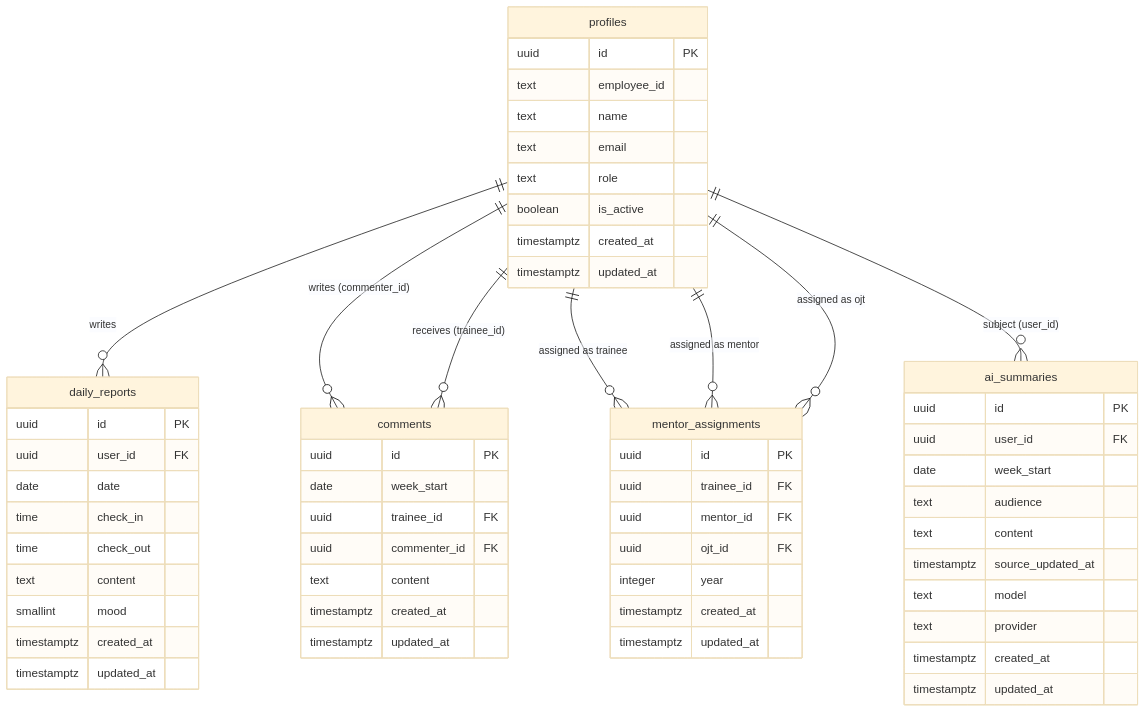
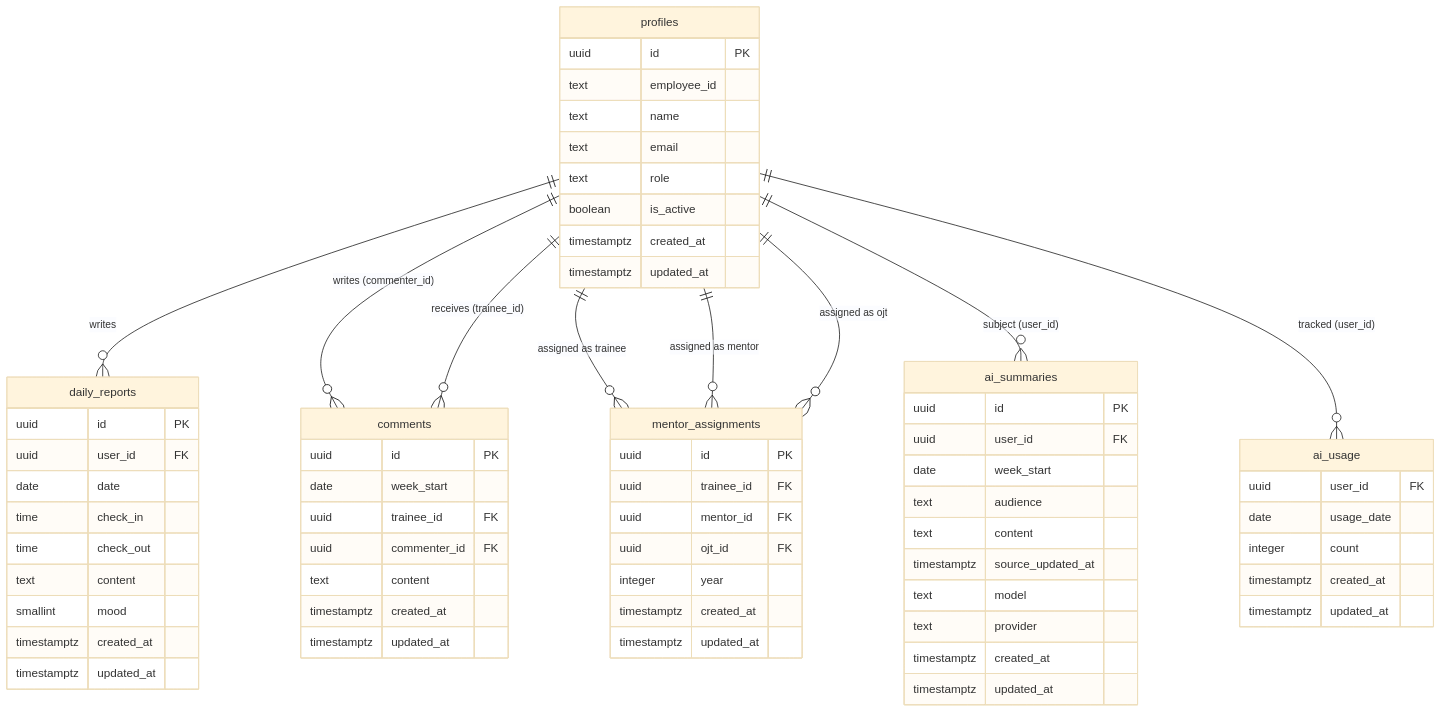
Before and after one commit to cct-ax/joynal: the diagram in docs/db-design.md, drawn with Mermaid (base theme). The commit also changed other lines of this file and 13 other files, not shown here.

First line of the commit message:
feat(ai): per-user 日次レート上限を追加（ai_usage・レビュー2対応）

````diff
--- a/docs/db-design.md
+++ b/docs/db-design.md
@@ -14,66 +14,75 @@
 ```mermaid
 erDiagram
     profiles {
         uuid id PK
         text employee_id
         text name
         text email
         text role
         boolean is_active
         timestamptz created_at
         timestamptz updated_at
     }
 
     daily_reports {
         uuid id PK
         uuid user_id FK
         date date
         time check_in
         time check_out
         text content
         smallint mood
         timestamptz created_at
         timestamptz updated_at
     }
 
     comments {
         uuid id PK
         date week_start
         uuid trainee_id FK
         uuid commenter_id FK
         text content
         timestamptz created_at
         timestamptz updated_at
     }
 
     mentor_assignments {
         uuid id PK
         uuid trainee_id FK
         uuid mentor_id FK
         uuid ojt_id FK
         integer year
         timestamptz created_at
         timestamptz updated_at
     }
 
     ai_summaries {
         uuid id PK
         uuid user_id FK
         date week_start
         text audience
         text content
         timestamptz source_updated_at
         text model
         text provider
         timestamptz created_at
         timestamptz updated_at
     }
 
+    ai_usage {
+        uuid user_id FK
+        date usage_date
+        integer count
+        timestamptz created_at
+        timestamptz updated_at
+    }
+
     profiles ||--o{ daily_reports : "writes"
     profiles ||--o{ comments : "writes (commenter_id)"
     profiles ||--o{ comments : "receives (trainee_id)"
     profiles ||--o{ mentor_assignments : "assigned as trainee"
     profiles ||--o{ mentor_assignments : "assigned as mentor"
     profiles ||--o{ mentor_assignments : "assigned as ojt"
     profiles ||--o{ ai_summaries : "subject (user_id)"
+    profiles ||--o{ ai_usage : "tracked (user_id)"
 ```
````
